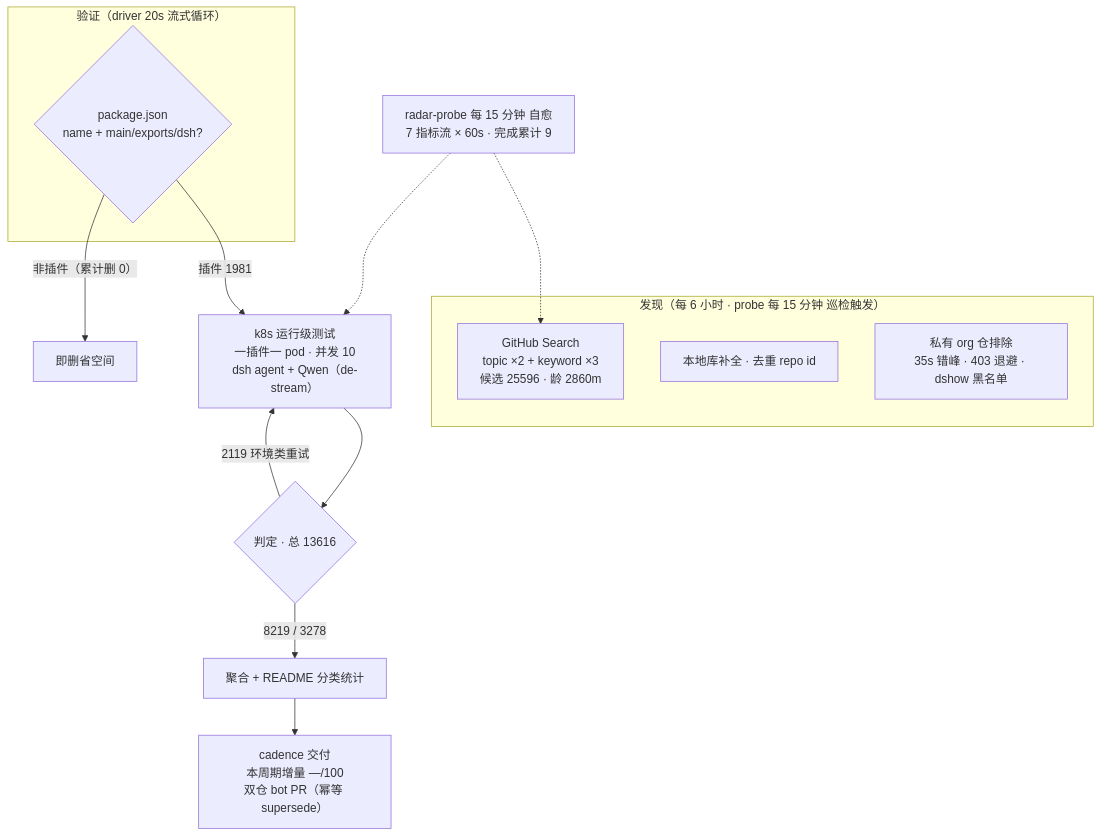
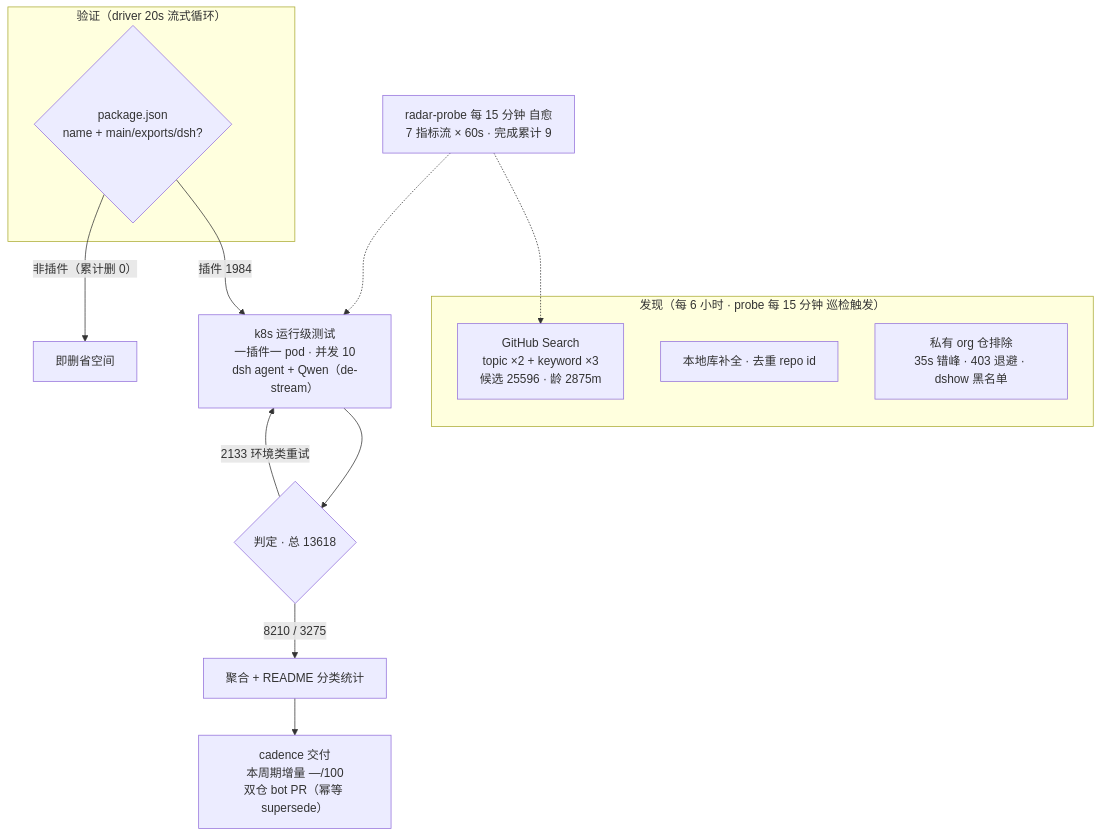
One commit to Zhidao-Lab-OSS/awesome-dsh-plugins changed the diagram in README.md. Above: the diagram before and after it, drawn with Mermaid. The commit also changed other lines of this file and 1 other file, not shown here.

````diff
--- a/README.md
+++ b/README.md
@@ -54,20 +54,20 @@
 ```mermaid
 flowchart TB
     subgraph Discovery["发现（每 6 小时 · probe 每 15 分钟 巡检触发）"]
-        A1["GitHub Search<br/>topic ×2 + keyword ×3<br/>候选 25596 · 龄 2860m"]
+        A1["GitHub Search<br/>topic ×2 + keyword ×3<br/>候选 25596 · 龄 2875m"]
         A2["本地库补全 · 去重 repo id"]
         A3["私有 org 仓排除<br/>35s 错峰 · 403 退避 · dshow 黑名单"]
     end
     subgraph Validation["验证（driver 20s 流式循环）"]
         B1{"package.json<br/>name + main/exports/dsh?"}
     end
-    B1 -->|"插件 1981"| C1["k8s 运行级测试<br/>一插件一 pod · 并发 10<br/>dsh agent + Qwen（de-stream）"]
+    B1 -->|"插件 1984"| C1["k8s 运行级测试<br/>一插件一 pod · 并发 10<br/>dsh agent + Qwen（de-stream）"]
     B1 -->|"非插件（累计删 0）"| B3["即删省空间"]
-    C1 --> D1{"判定 · 总 13616"}
-    D1 -->|"8219 / 3278"| E1["聚合 + README 分类统计"]
-    D1 -->|"2119 环境类重试"| C1
+    C1 --> D1{"判定 · 总 13618"}
+    D1 -->|"8210 / 3275"| E1["聚合 + README 分类统计"]
+    D1 -->|"2133 环境类重试"| C1
     E1 --> E2["cadence 交付<br/>本周期增量 —/100<br/>双仓 bot PR（幂等 supersede）"]
     M["radar-probe 每 15 分钟 自愈<br/>7 指标流 × 60s · 完成累计 9"]
     M -.-> A1
     M -.-> C1
 ```
````
